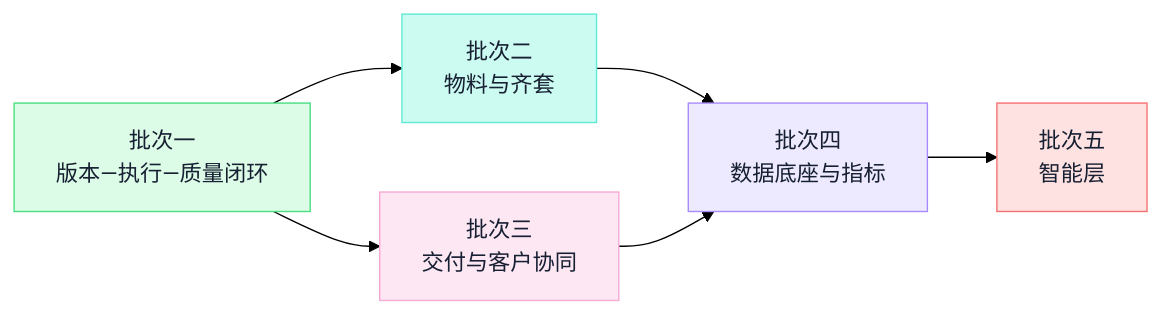
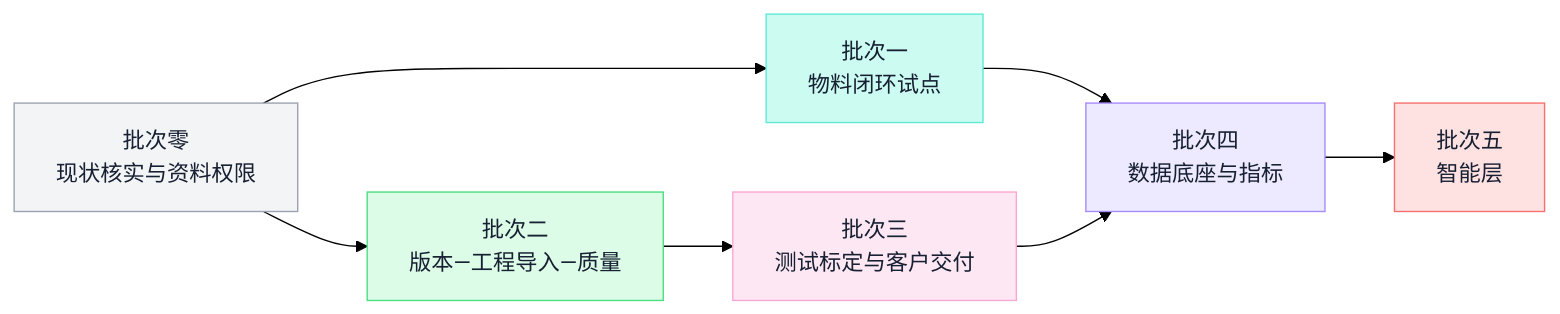
One commit to ink-hz/AI-Manufacturing-Platform changed diagram 11 of 11 in docs/manufacturing-platform-architecture.md. Above: the diagram before and after it, drawn with Mermaid (forest theme). The commit also changed other lines of this file and 9 other files, not shown here.

First line of the commit message:
docs: OEM revision of handbook, architecture, flows and design document

````diff
--- a/docs/manufacturing-platform-architecture.md
+++ b/docs/manufacturing-platform-architecture.md
@@ -1106,18 +1136,21 @@
 ```mermaid
 flowchart LR
-    B1["批次一<br/>版本—执行—质量闭环"] --> B2["批次二<br/>物料与齐套"]
-    B1 --> B3["批次三<br/>交付与客户协同"]
-    B2 --> B4["批次四<br/>数据底座与指标"]
+    B0["批次零<br/>现状核实与资料权限"] --> B1["批次一<br/>物料闭环试点"]
+    B0 --> B2["批次二<br/>版本—工程导入—质量"]
+    B2 --> B3["批次三<br/>测试标定与客户交付"]
+    B1 --> B4["批次四<br/>数据底座与指标"]
     B3 --> B4
     B4 --> B5["批次五<br/>智能层"]
-    class B1 exec
-    class B2 flow
+    class B0 store
+    class B1 flow
+    class B2 exec
     class B3 oem
     class B4 eng
     class B5 risk
+    classDef store fill:#F3F4F6,stroke:#9CA3AF,color:#172033;
     classDef exec fill:#DCFCE7,stroke:#4ADE80,color:#172033;
     classDef flow fill:#CCFBF1,stroke:#5EEAD4,color:#172033;
     classDef oem fill:#FCE7F3,stroke:#F9A8D4,color:#172033;
     classDef eng fill:#EDE9FE,stroke:#A78BFA,color:#172033;
     classDef risk fill:#FEE2E2,stroke:#F87171,color:#172033;
 ```
````
